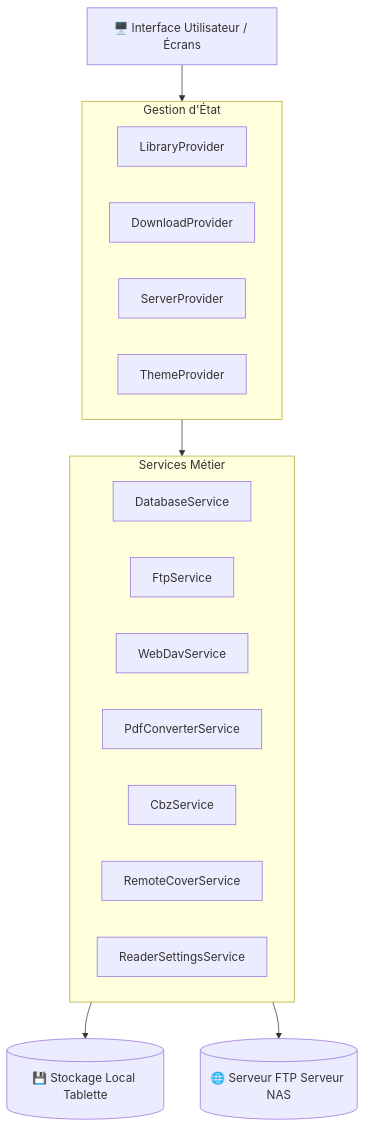
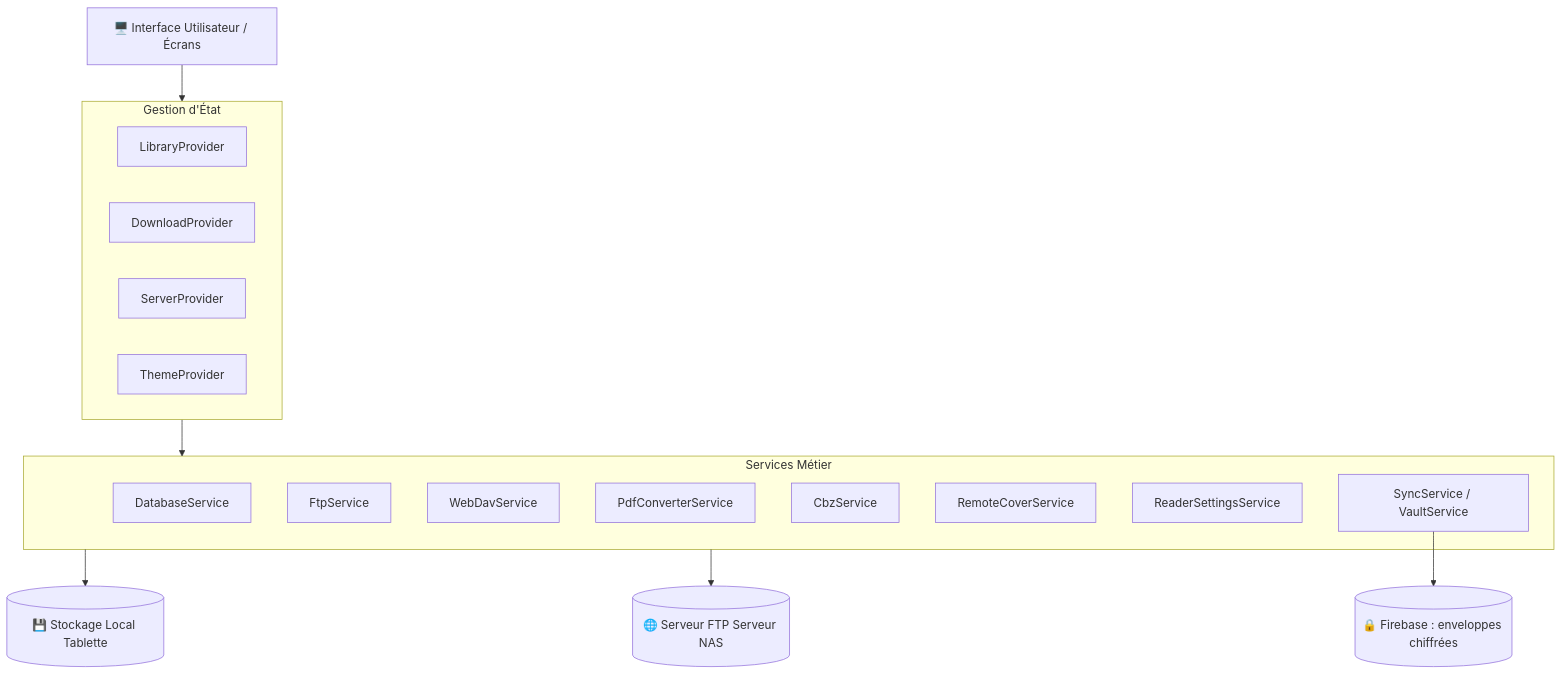
Before and after one commit to sauvank/flutter_comics_reader: the first of 2 diagrams in docs/ARCHITECTURE.md, drawn with Mermaid. The commit also changed other lines of this file and 31 other files, not shown here.

````diff
--- a/docs/ARCHITECTURE.md
+++ b/docs/ARCHITECTURE.md
@@ -13,25 +13,27 @@
 ```mermaid
 graph TD
     UI[🖥️ Interface Utilisateur / Écrans] --> Providers[⚡ State Management / Providers]
     
     subgraph Providers [Gestion d'État]
         LP[LibraryProvider]
         DP[DownloadProvider]
         SP[ServerProvider]
         TP[ThemeProvider]
     end
 
     subgraph Services [Services Métier]
         DB[DatabaseService]
         FTP[FtpService]
         DAV[WebDavService]
         PDF[PdfConverterService]
         CBZ[CbzService]
         COV[RemoteCoverService]
         SET[ReaderSettingsService]
+        SYNC[SyncService / VaultService]
     end
 
     Providers --> Services
     Services --> LocalStorage[(💾 Stockage Local Tablette)]
     Services --> RemoteServer[(🌐 Serveur FTP Serveur NAS)]
+    SYNC --> Firebase[(🔒 Firebase : enveloppes chiffrées)]
 ```
````
